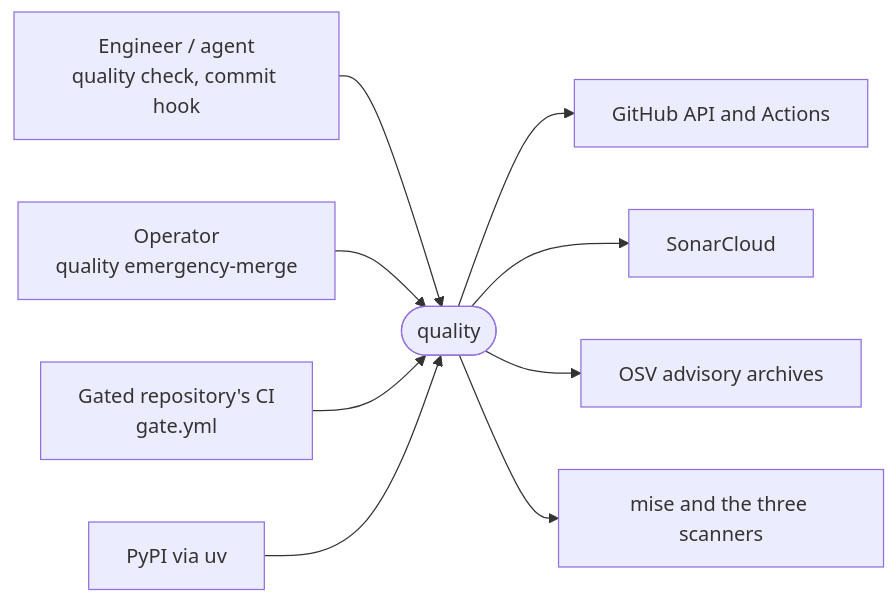
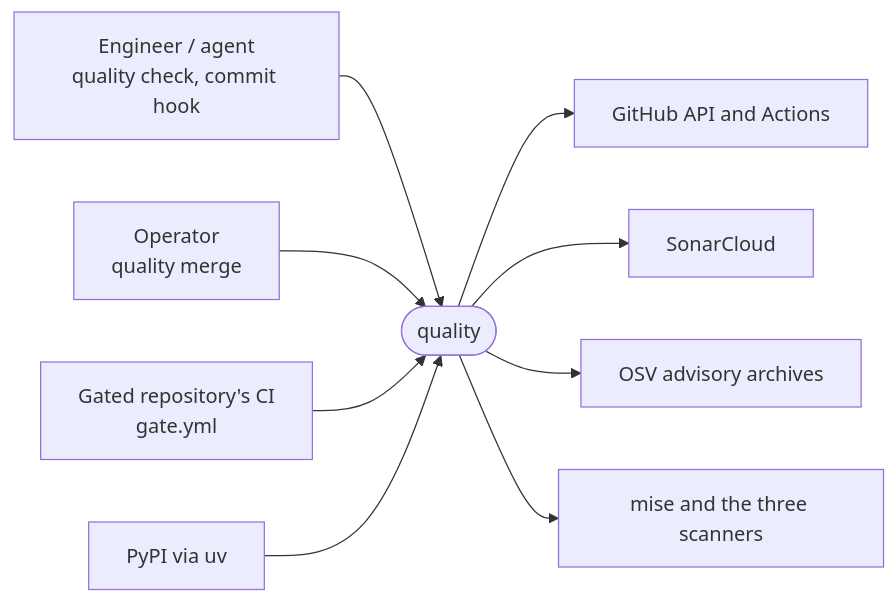
The first of 3 diagrams in docs/ARCHITECTURE.md (overnightworks/quality), drawn with Mermaid before and after one commit. The commit also changed other lines of this file and 22 other files, not shown here.

First line of the commit message:
Replace quality emergency-merge with quality merge OWNER/REPO#N [--dry-run] [-v] (#427)

````diff
--- a/docs/ARCHITECTURE.md
+++ b/docs/ARCHITECTURE.md
@@ -15,20 +15,20 @@
 ```mermaid
 flowchart LR
     engineer["Engineer / agent<br/>quality check, commit hook"]
-    operator["Operator<br/>quality emergency-merge"]
+    operator["Operator<br/>quality merge"]
     ci["Gated repository's CI<br/>gate.yml"]
     quality(["quality"])
     github["GitHub API and Actions"]
     sonarcloud["SonarCloud"]
     osv["OSV advisory archives"]
     mise["mise and the three scanners"]
     pypi["PyPI via uv"]
     engineer --> quality
     operator --> quality
     ci --> quality
     quality --> github
     quality --> sonarcloud
     quality --> osv
     quality --> mise
     pypi --> quality
 ```
````
